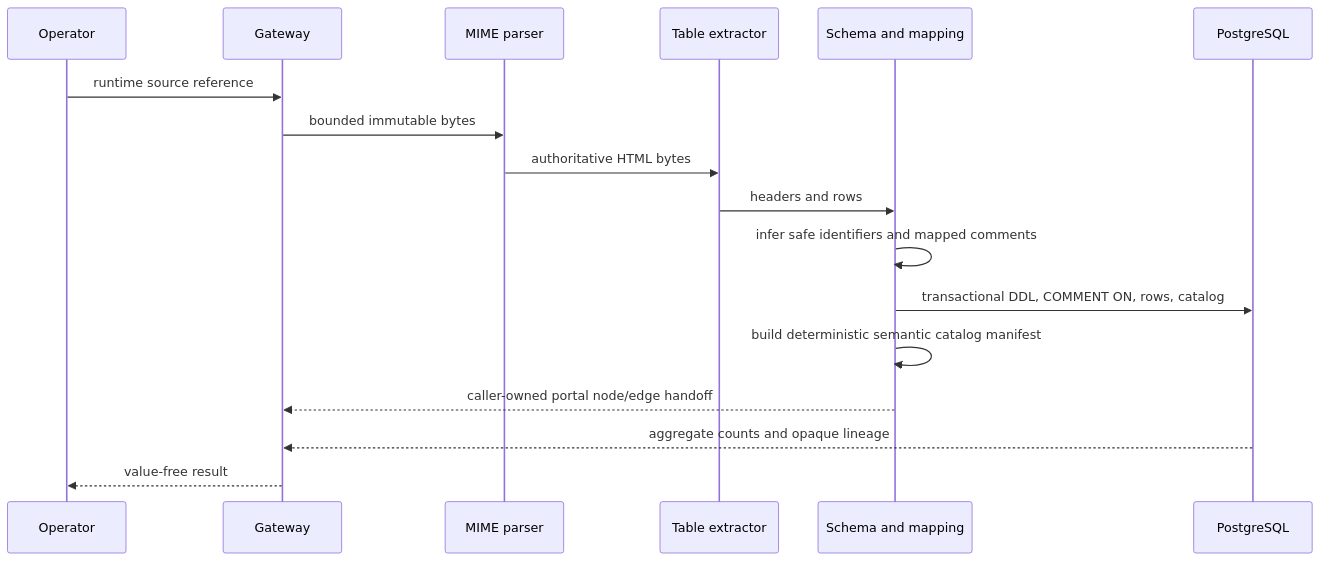
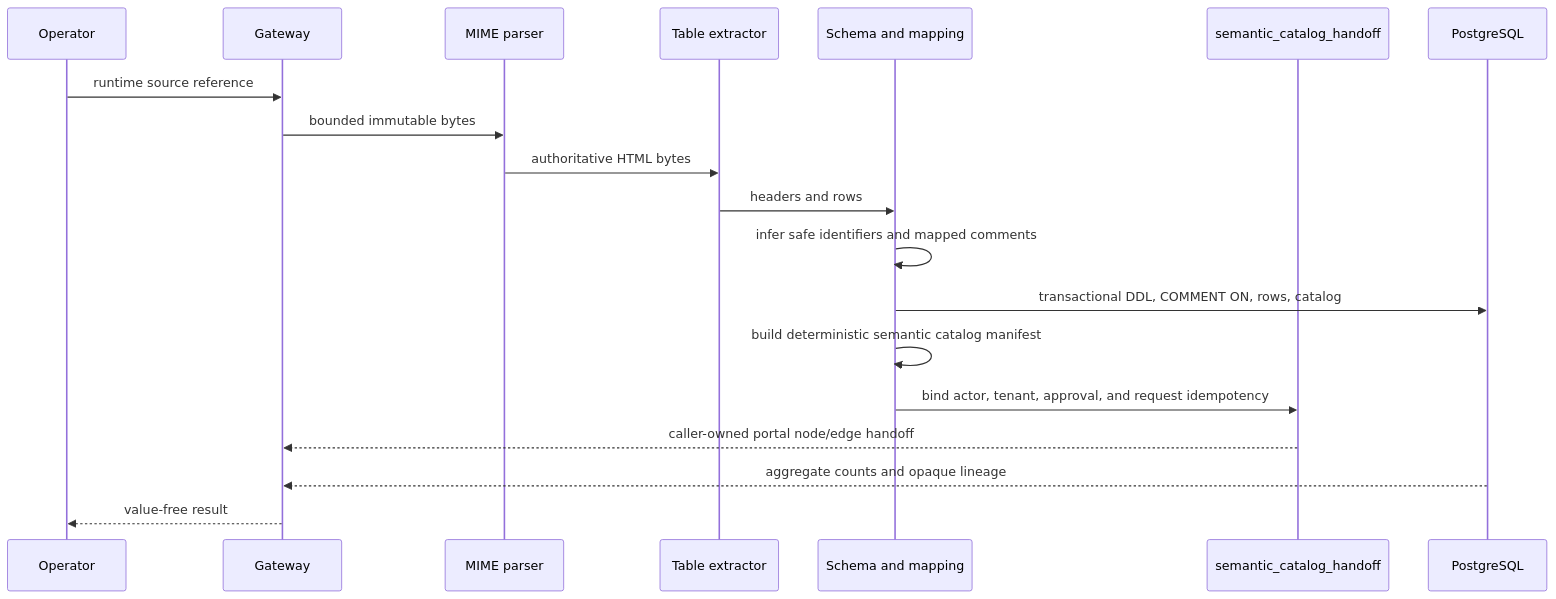
One commit to ContextualWisdomLab/mhtml-etl-gateway changed the second of 3 diagrams in docs/ARCHITECTURE.md. Above: the diagram before and after it, drawn with Mermaid. The commit also changed other lines of this file and 25 other files, not shown here.

First line of the commit message:
feat: add governed semantic catalog handoff (#15)

````diff
--- a/docs/ARCHITECTURE.md
+++ b/docs/ARCHITECTURE.md
@@ -46,19 +48,21 @@
 ```mermaid
 sequenceDiagram
     participant U as Operator
     participant G as Gateway
     participant M as MIME parser
     participant T as Table extractor
     participant S as Schema and mapping
+    participant SH as semantic_catalog_handoff
     participant P as PostgreSQL
     U->>G: runtime source reference
     G->>M: bounded immutable bytes
     M->>T: authoritative HTML bytes
     T->>S: headers and rows
     S->>S: infer safe identifiers and mapped comments
     S->>P: transactional DDL, COMMENT ON, rows, catalog
     S->>S: build deterministic semantic catalog manifest
-    S-->>G: caller-owned portal node/edge handoff
+    S->>SH: bind actor, tenant, approval, and request idempotency
+    SH-->>G: caller-owned portal node/edge handoff
     P-->>G: aggregate counts and opaque lineage
     G-->>U: value-free result
 ```
````
